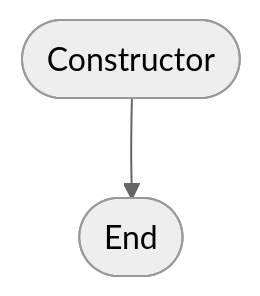
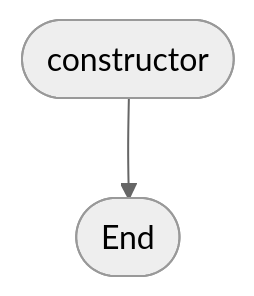
One commit to BCS21090011/BrainFucker changed diagram 14 of 25 in src/Classes_Info/BrainfuckExecuter.md. Above: the diagram before and after it, drawn with Mermaid (neutral theme). The commit also changed other lines of this file, not shown here.

Commit message:
Some name changes.

````diff
--- a/src/Classes_Info/BrainfuckExecuter.md
+++ b/src/Classes_Info/BrainfuckExecuter.md
@@ -593,7 +593,7 @@
 ```mermaid
 flowchart
 
-Start([Constructor])
+Start([constructor])
 -->
 End([End])
 ```
````
